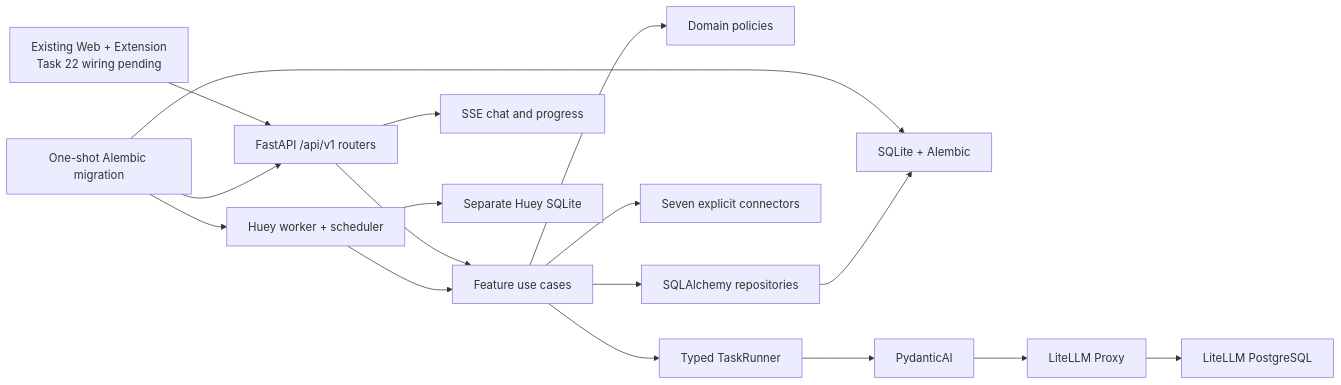
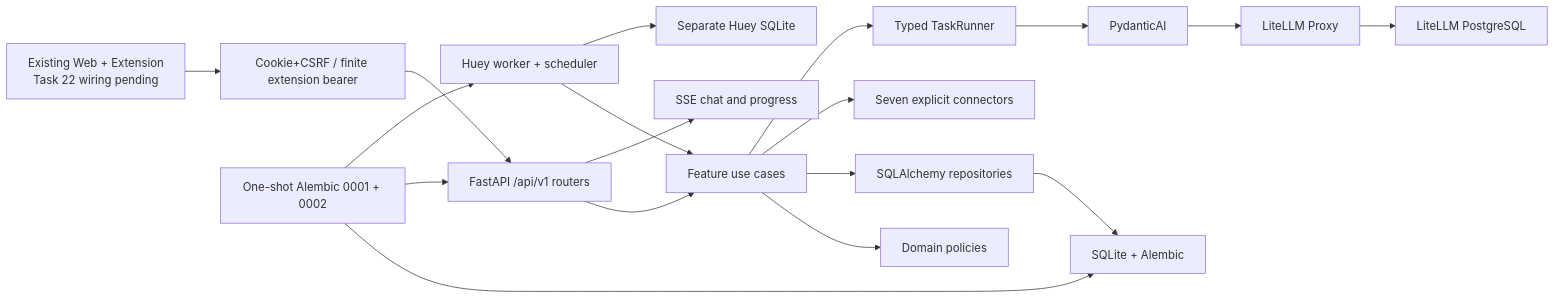
The diagram in README.md (Zhujingxi/OpenBiliClaw), drawn with Mermaid before and after one commit. The commit also changed other lines of this file and 78 other files, not shown here.

````diff
--- a/README.md
+++ b/README.md
@@ -27,19 +27,20 @@
 ```mermaid
 flowchart LR
-    UI["Existing Web + Extension<br/>Task 22 wiring pending"] --> API["FastAPI /api/v1 routers"]
+    UI["Existing Web + Extension<br/>Task 22 wiring pending"] --> AUTH["Cookie+CSRF / finite extension bearer"]
+    AUTH --> API["FastAPI /api/v1 routers"]
     API --> UC["Feature use cases"]
     API --> SSE["SSE chat and progress"]
     JOBS["Huey worker + scheduler"] --> UC
     UC --> DOMAIN["Domain policies"]
     UC --> REPOS["SQLAlchemy repositories"]
     UC --> SOURCES["Seven explicit connectors"]
     UC --> AI["Typed TaskRunner"]
-    MIGRATE["One-shot Alembic migration"] --> DB
+    MIGRATE["One-shot Alembic 0001 + 0002"] --> DB
     MIGRATE --> API
     MIGRATE --> JOBS
     AI --> PYD["PydanticAI"]
     PYD --> LLM["LiteLLM Proxy"]
     REPOS --> DB["SQLite + Alembic"]
     JOBS --> QUEUE["Separate Huey SQLite"]
     LLM --> PG["LiteLLM PostgreSQL"]
 ```
````
